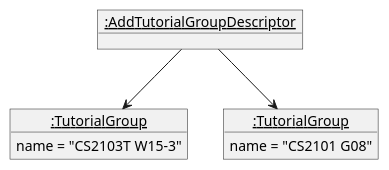
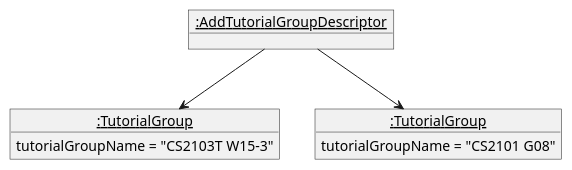
The diagram in docs/diagrams/AddTutorialGroupDescriptorDiagram.puml (vanessaxuuan/tp), drawn with PlantUML before and after one commit. The commit also changed 10 other files, not shown here.

Commit message:
Update UML diagrams and fix grammatical errors in ug

```diff
--- a/docs/diagrams/AddTutorialGroupDescriptorDiagram.puml
+++ b/docs/diagrams/AddTutorialGroupDescriptorDiagram.puml
@@ -1,13 +1,13 @@
 @startuml
 'https://plantuml.com/object-diagram'
 
 object "__:AddTutorialGroupDescriptor__" as addTutorialGroupDescriptor
 object "__:TutorialGroup__" as tutorialGroup_1
 object "__:TutorialGroup__" as tutorialGroup_2
 
-tutorialGroup_1 : name = "CS2103T W15-3"
-tutorialGroup_2 : name = "CS2101 G08"
+tutorialGroup_1 : tutorialGroupName = "CS2103T W15-3"
+tutorialGroup_2 : tutorialGroupName = "CS2101 G08"
 
 addTutorialGroupDescriptor --> tutorialGroup_1
 addTutorialGroupDescriptor --> tutorialGroup_2
 @enduml
```
